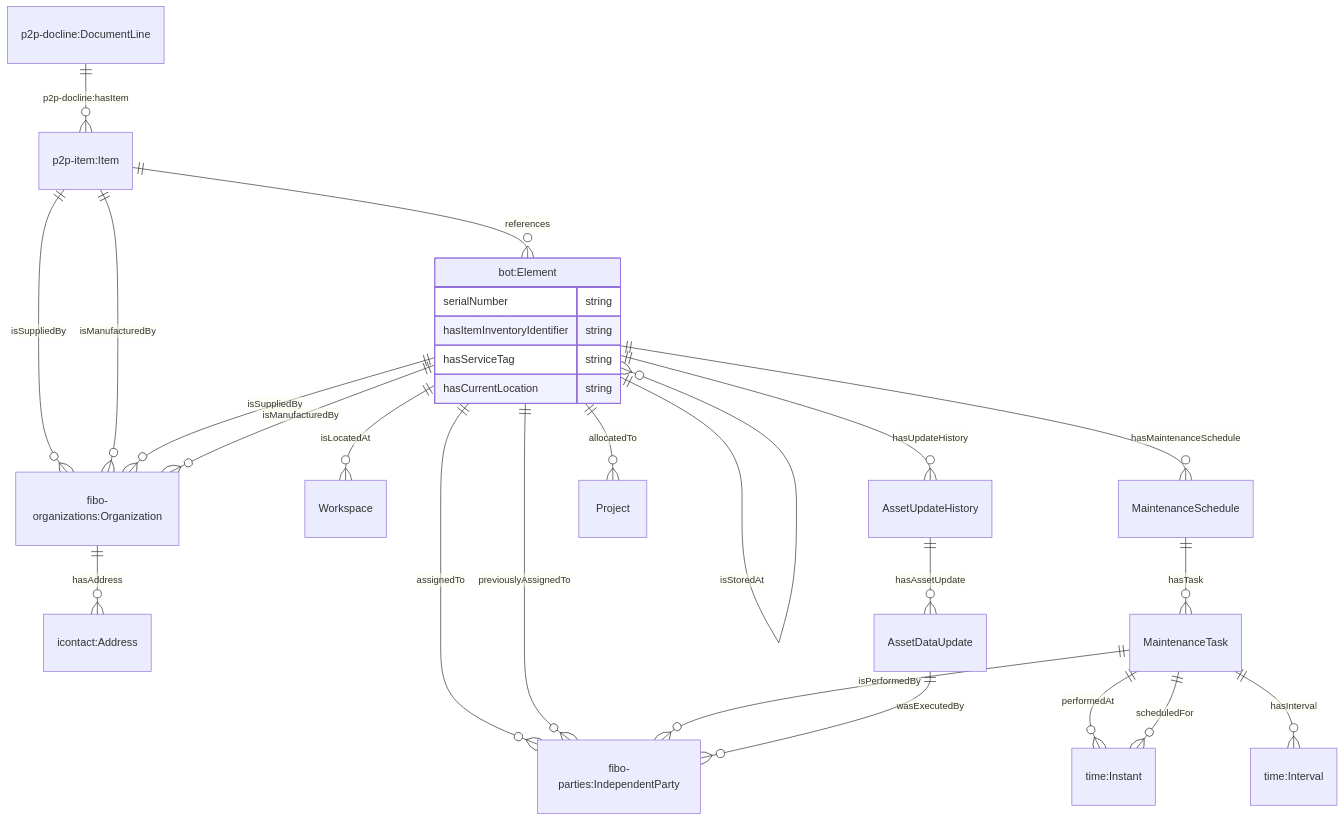
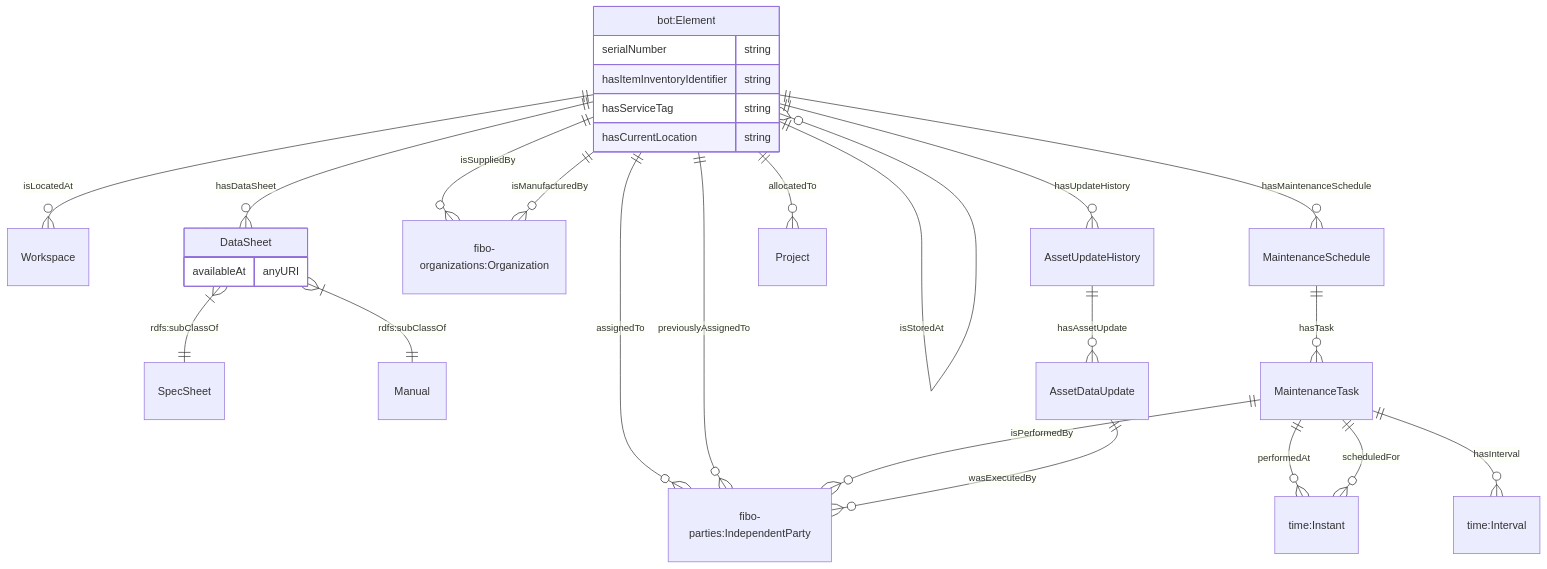
The seventh of 9 diagrams in JPS_Ontology/ontology/ontoassetmanagement/README.MD (cambridge-cares/TheWorldAvatar), drawn with Mermaid before and after one commit. The commit also changed other lines of this file, not shown here.

````diff
--- a/JPS_Ontology/ontology/ontoassetmanagement/README.MD
+++ b/JPS_Ontology/ontology/ontoassetmanagement/README.MD
@@ -138,30 +158,31 @@
 ```mermaid
     erDiagram
-    "p2p-docline:DocumentLine" ||--o{ "p2p-item:Item" : "p2p-docline:hasItem"
-    "p2p-item:Item" ||--o{ "bot:Element" : references
-    "p2p-item:Item" ||--o{ "fibo-organizations:Organization" : isSuppliedBy
-    "p2p-item:Item" ||--o{ "fibo-organizations:Organization" : isManufacturedBy
-    "bot:Element" ||--o{ "fibo-organizations:Organization" : isSuppliedBy
-    "bot:Element" ||--o{ "fibo-organizations:Organization" : isManufacturedBy
-    "fibo-organizations:Organization" ||--o{ "icontact:Address" : hasAddress
     "bot:Element" ||--o{ "bot:Element" : isStoredAt
     "bot:Element" ||--o{ "fibo-parties:IndependentParty" : assignedTo
     "bot:Element" ||--o{ "fibo-parties:IndependentParty" : previouslyAssignedTo
     "bot:Element" ||--o{ "Workspace" : isLocatedAt
     "bot:Element" ||--o{ "MaintenanceSchedule" : hasMaintenanceSchedule
+    "bot:Element" ||--o{ "fibo-organizations:Organization" : isSuppliedBy
+    "bot:Element" ||--o{ "fibo-organizations:Organization" : isManufacturedBy
+    "bot:Element" ||--o{ "DataSheet" : hasDataSheet
+    "DataSheet" }|--|| "SpecSheet" : "rdfs:subClassOf"
+    "DataSheet" }|--|| "Manual" : "rdfs:subClassOf"
+    "DataSheet" {
+        availableAt anyURI
+    }
     "MaintenanceSchedule" ||--o{ "MaintenanceTask" : hasTask
     "MaintenanceTask" ||--o{ "time:Instant" : performedAt
     "MaintenanceTask" ||--o{ "time:Instant" : scheduledFor
     "MaintenanceTask" ||--o{ "fibo-parties:IndependentParty" : isPerformedBy
     "MaintenanceTask" ||--o{ "time:Interval" : hasInterval
     "bot:Element" ||--o{ "AssetUpdateHistory" : hasUpdateHistory
     "AssetUpdateHistory" ||--o{ "AssetDataUpdate" : hasAssetUpdate
     "AssetDataUpdate" ||--o{ "fibo-parties:IndependentParty" : wasExecutedBy
     "bot:Element" ||--o{ "Project" : allocatedTo
     "bot:Element" {
         serialNumber string
         hasItemInventoryIdentifier string
         hasServiceTag string
         hasCurrentLocation string
     }
 ```
````
